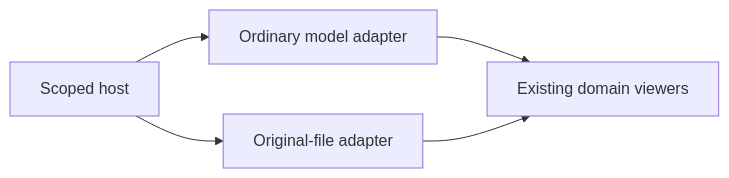
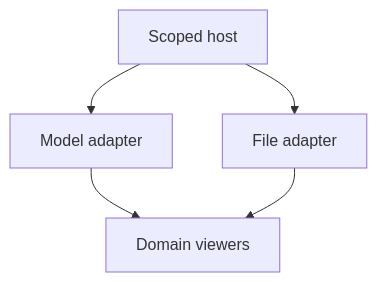
The diagram in software/cadagent/webkit/host/README.md (Valpatel/cad-agent), drawn with Mermaid before and after one commit. The commit also changed other lines of this file and 1 other file, not shown here.

Commit message:
Keep contained viewer reference pages compact and readable

````diff
--- a/software/cadagent/webkit/host/README.md
+++ b/software/cadagent/webkit/host/README.md
@@ -7,7 +7,7 @@
 ```mermaid
-flowchart LR
-  H[Scoped host] --> A[Ordinary model adapter]
-  H --> B[Original-file adapter]
-  A --> V[Existing domain viewers]
+flowchart TB
+  H[Scoped host] --> A[Model adapter]
+  H --> B[File adapter]
+  A --> V[Domain viewers]
   B --> V
 ```
````
